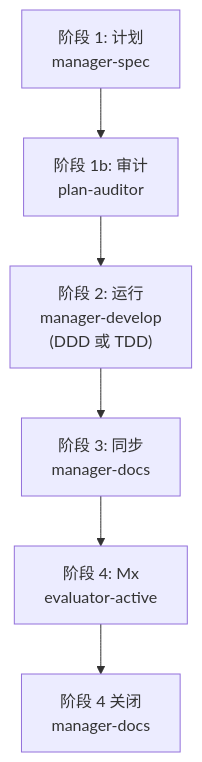
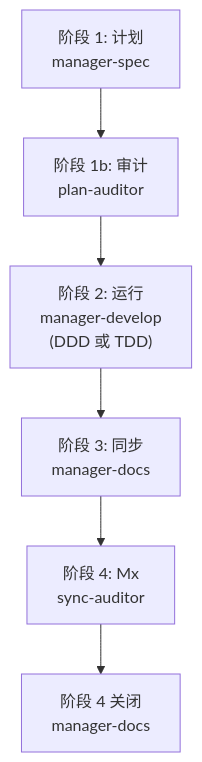
The fourth of 4 diagrams in docs-site/content/zh/advanced/agent-guide.md (modu-ai/moai-adk), drawn with Mermaid before and after one commit. The commit also changed other lines of this file and 149 other files, not shown here.

First line of the commit message:
chore(agents): evaluator-active를 sync-auditor로 rename (plan-auditor phase 대칭)

````diff
--- a/docs-site/content/zh/advanced/agent-guide.md
+++ b/docs-site/content/zh/advanced/agent-guide.md
@@ -283,8 +283,8 @@
 ```mermaid
 flowchart TD
     A["阶段 1: 计划<br/>manager-spec"] --> B["阶段 1b: 审计<br/>plan-auditor"]
     B --> C["阶段 2: 运行<br/>manager-develop<br/>(DDD 或 TDD)"]
     C --> D["阶段 3: 同步<br/>manager-docs"]
-    D --> E["阶段 4: Mx<br/>evaluator-active"]
+    D --> E["阶段 4: Mx<br/>sync-auditor"]
     E --> F["阶段 4 关闭<br/>manager-docs"]
 ```
````
